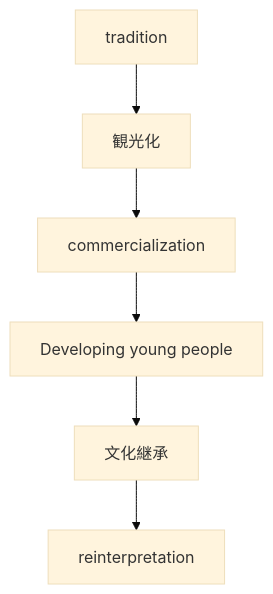
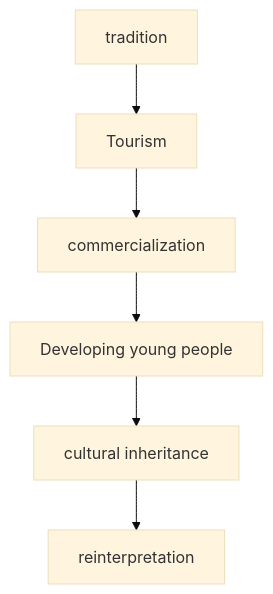
Before and after one commit to monumental-movement/monumental-movement.github.io: the ninth of 12 diagrams in en/_posts/2026-05-16-column-fado.md, drawn with Mermaid (base theme). The commit also changed other lines of this file and 851 other files, not shown here.

```diff
--- a/en/_posts/2026-05-16-column-fado.md
+++ b/en/_posts/2026-05-16-column-fado.md
@@ -471,8 +472,8 @@
 <div class="mermaid">
 flowchart TD
-A[tradition] --> B[観光化]
+A[tradition] --> B[Tourism]
 B --> C[commercialization]
 C --> D[Developing young people]
-D --> E[文化継承]
+D --> E[cultural inheritance]
 E --> F[reinterpretation]
 </div>
```
